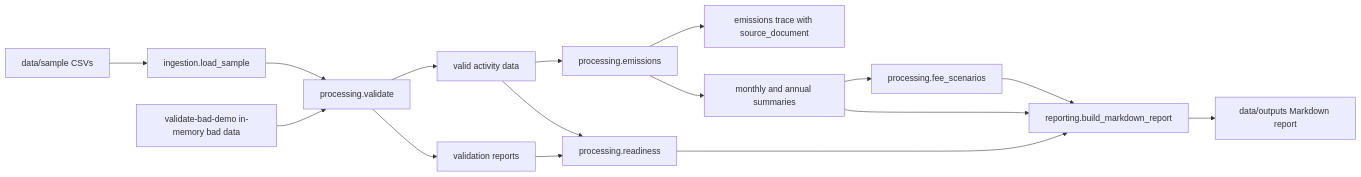
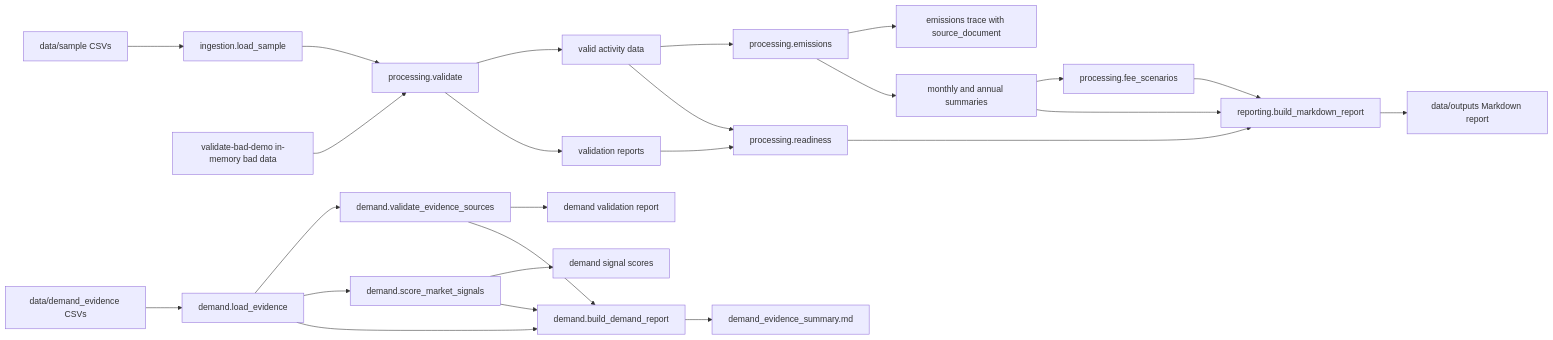
The diagram in docs/architecture.md (wesley-bang/Carbon-radar-sme), drawn with Mermaid before and after one commit. The commit also changed other lines of this file and 21 other files, not shown here.

````diff
--- a/docs/architecture.md
+++ b/docs/architecture.md
@@ -28,18 +29,27 @@
 ```mermaid
 flowchart LR
     A["data/sample CSVs"] --> B["ingestion.load_sample"]
     B --> C["processing.validate"]
     C --> D["valid activity data"]
     C --> E["validation reports"]
     D --> F["processing.emissions"]
     F --> G["emissions trace with source_document"]
     F --> H["monthly and annual summaries"]
     H --> I["processing.fee_scenarios"]
     D --> J["processing.readiness"]
     E --> J
     I --> K["reporting.build_markdown_report"]
     J --> K
     H --> K
     K --> L["data/outputs Markdown report"]
     M["validate-bad-demo in-memory bad data"] --> C
+    N["data/demand_evidence CSVs"] --> O["demand.load_evidence"]
+    O --> P["demand.validate_evidence_sources"]
+    O --> Q["demand.score_market_signals"]
+    P --> R["demand validation report"]
+    Q --> S["demand signal scores"]
+    O --> T["demand.build_demand_report"]
+    P --> T
+    Q --> T
+    T --> U["demand_evidence_summary.md"]
 ```
````
